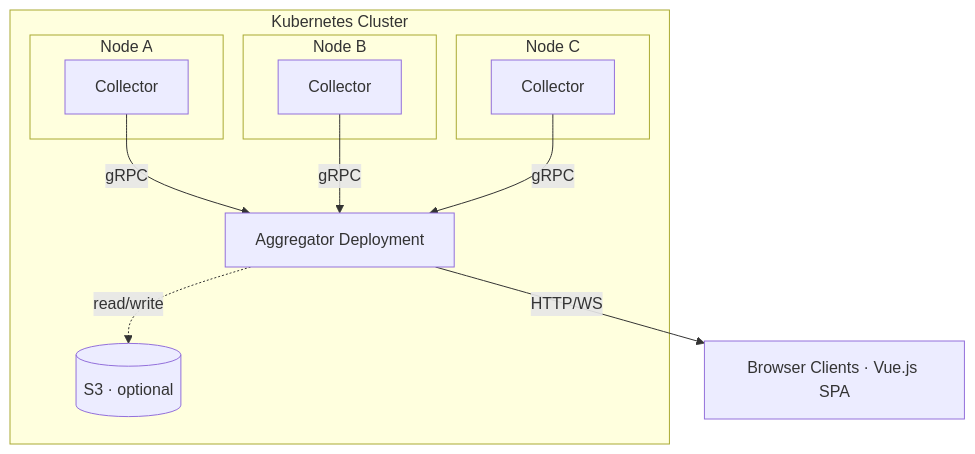
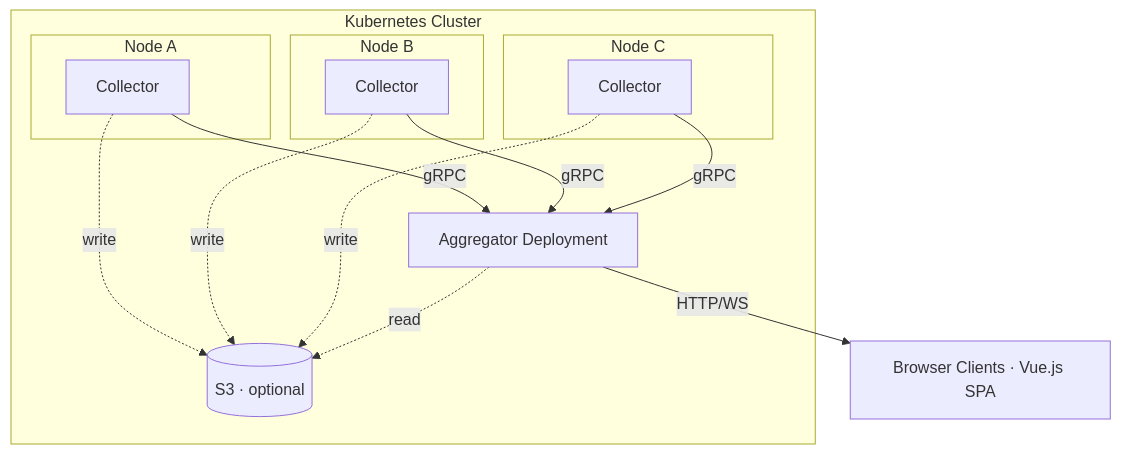
Before and after one commit to interpt-co/flume: the diagram in README.md, drawn with Mermaid. The commit also changed 1 other file, not shown here.

Commit message:
docs: fix S3 data flow — collectors write, aggregator reads

````diff
--- a/README.md
+++ b/README.md
@@ -33,21 +33,24 @@
 ```mermaid
 graph TD
     subgraph cluster["Kubernetes Cluster"]
         subgraph nodeA["Node A"]
             cA[Collector]
         end
         subgraph nodeB["Node B"]
             cB[Collector]
         end
         subgraph nodeC["Node C"]
             cC[Collector]
         end
 
         cA -- gRPC --> agg[Aggregator Deployment]
         cB -- gRPC --> agg
         cC -- gRPC --> agg
-        agg -. read/write .-> s3[(S3 · optional)]
+        cA -. write .-> s3[(S3 · optional)]
+        cB -. write .-> s3
+        cC -. write .-> s3
+        agg -. read .-> s3
     end
 
     agg -- HTTP/WS --> browser[Browser Clients · Vue.js SPA]
 ```
````
